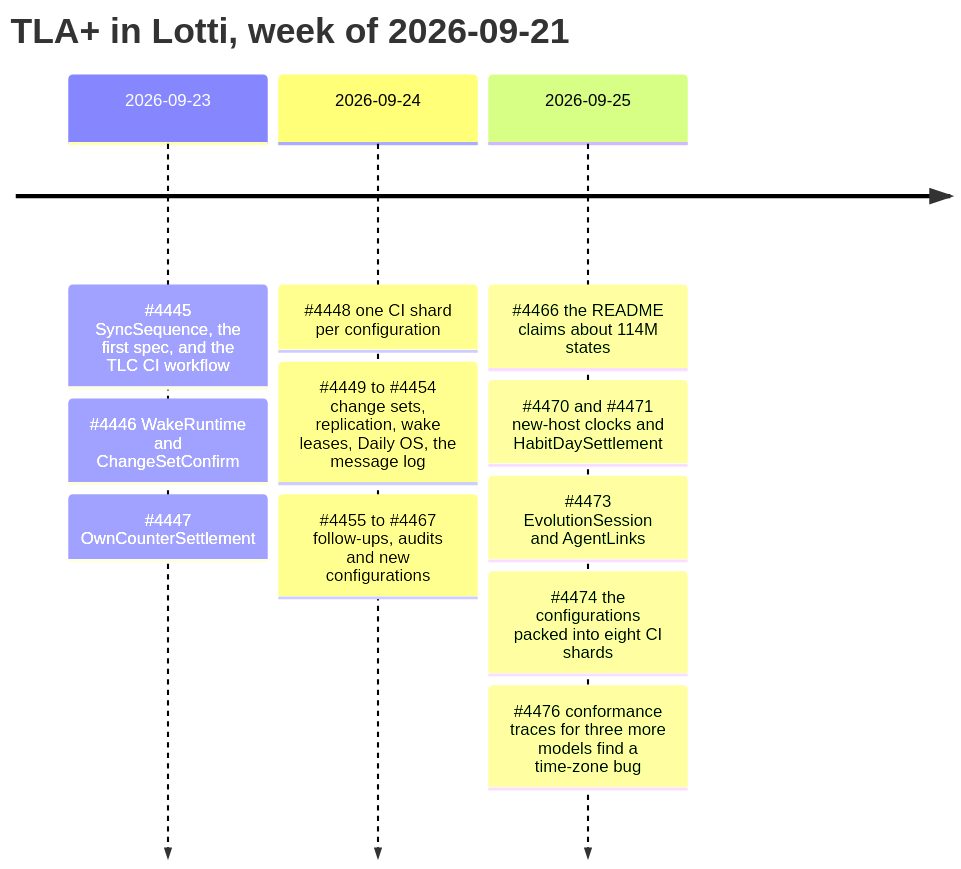
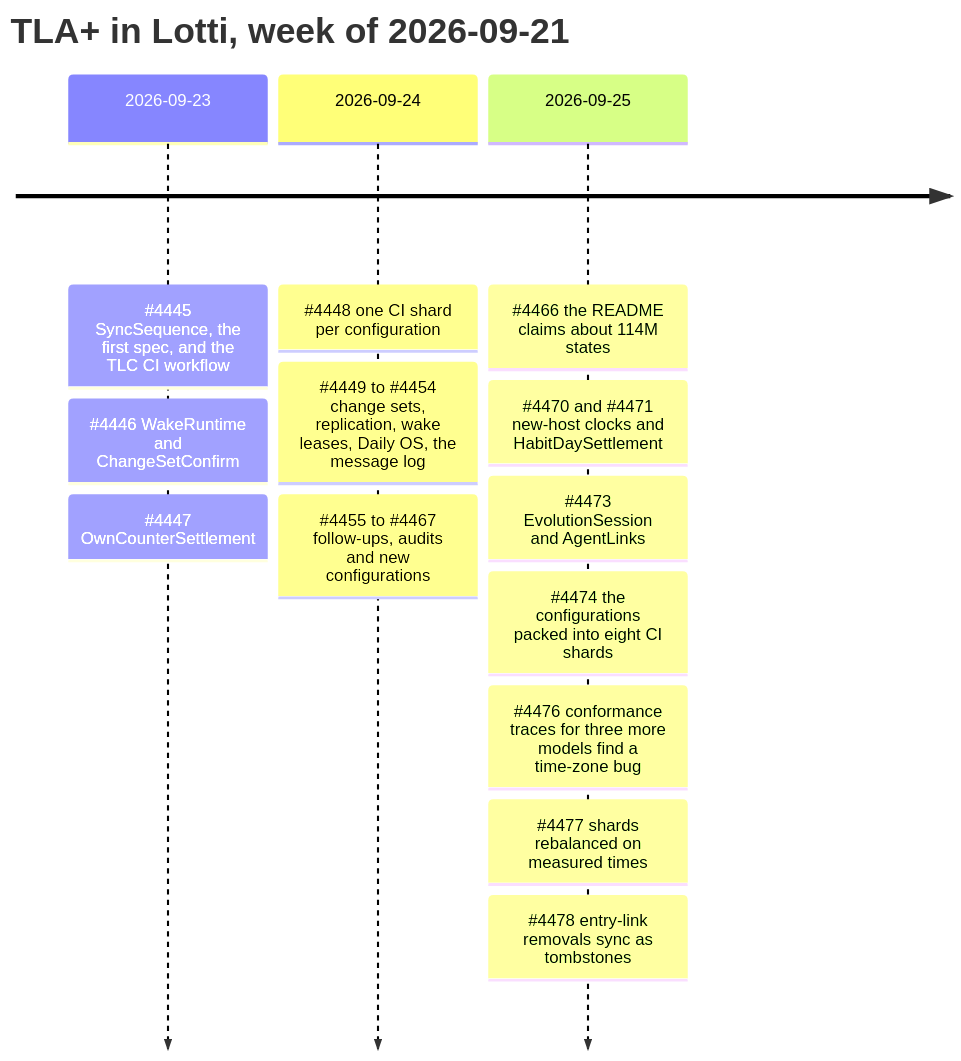
The diagram in specs/tla/LEDGER.md (matthiasn/lotti), drawn with Mermaid before and after one commit. The commit also changed other lines of this file, not shown here.

````diff
--- a/specs/tla/LEDGER.md
+++ b/specs/tla/LEDGER.md
@@ -56,15 +56,17 @@
 ```mermaid
 timeline
     title TLA+ in Lotti, week of 2026-09-21
     2026-09-23 : #4445 SyncSequence, the first spec, and the TLC CI workflow
                : #4446 WakeRuntime and ChangeSetConfirm
                : #4447 OwnCounterSettlement
     2026-09-24 : #4448 one CI shard per configuration
                : #4449 to #4454 change sets, replication, wake leases, Daily OS, the message log
                : #4455 to #4467 follow-ups, audits and new configurations
     2026-09-25 : #4466 the README claims about 114M states
                : #4470 and #4471 new-host clocks and HabitDaySettlement
                : #4473 EvolutionSession and AgentLinks
                : #4474 the configurations packed into eight CI shards
                : #4476 conformance traces for three more models find a time-zone bug
+               : #4477 shards rebalanced on measured times
+               : #4478 entry-link removals sync as tombstones
 ```
````
